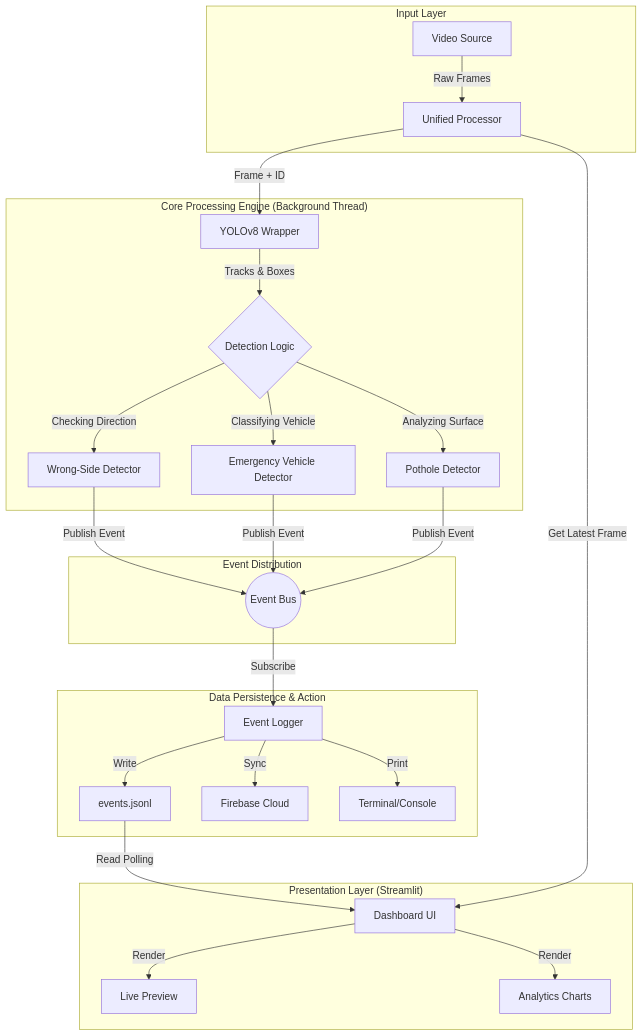
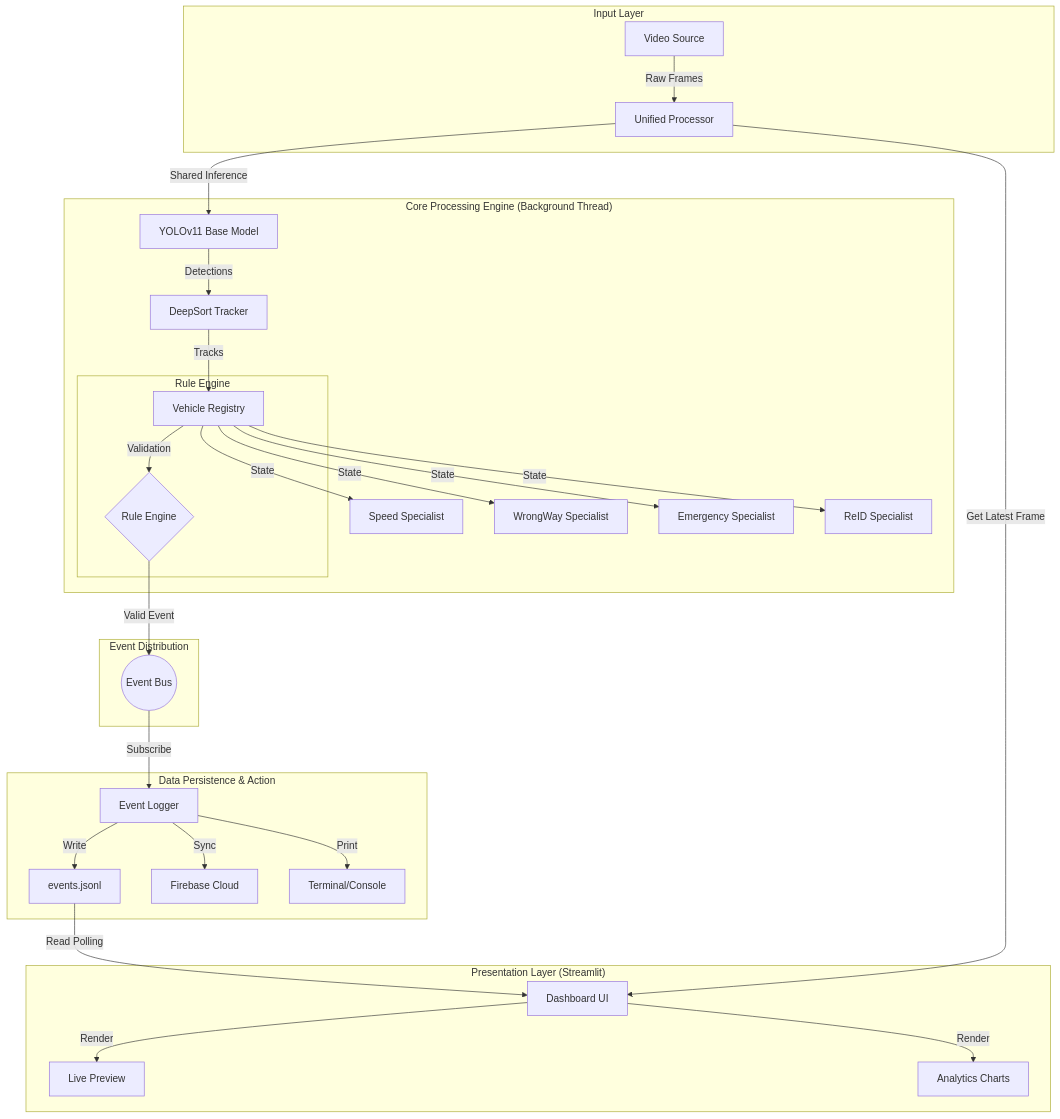
Before and after one commit to CAMVIEW-AI/CAMVIEW-AI-Hacksprint2k26.github.io: the first of 3 diagrams in readme.md, drawn with Mermaid. The commit also changed other lines of this file and 223 other files, not shown here.

````diff
--- a/readme.md
+++ b/readme.md
@@ -9,35 +24,39 @@
 ```mermaid
 graph TD
     subgraph "Input Layer"
         VS[Video Source] -->|Raw Frames| UP[Unified Processor]
     end
 
     subgraph "Core Processing Engine (Background Thread)"
-        UP -->|Frame + ID| YW[YOLOv8 Wrapper]
-        YW -->|Tracks & Boxes| DL{Detection Logic}
+        UP -->|Shared Inference| YOLO[YOLOv11 Base Model]
+        YOLO -->|Detections| TR[DeepSort Tracker]
+        TR -->|Tracks| VR[Vehicle Registry]
         
-        DL -->|Checking Direction| WSD[Wrong-Side Detector]
-        DL -->|Classifying Vehicle| EVD[Emergency Vehicle Detector]
-        DL -->|Analyzing Surface| PHD[Pothole Detector]
+        VR -->|State| SS[Speed Specialist]
+        VR -->|State| WS[WrongWay Specialist]
+        VR -->|State| ES[Emergency Specialist]
+        VR -->|State| RE[ReID Specialist]
+        
+        subgraph "Rule Engine"
+            VR -->|Validation| RULE{Rule Engine}
+        end
     end
 
     subgraph "Event Distribution"
-        WSD -->|Publish Event| EB((Event Bus))
-        EVD -->|Publish Event| EB
-        PHD -->|Publish Event| EB
+        RULE -->|Valid Event| EB((Event Bus))
     end
 
     subgraph "Data Persistence & Action"
         EB -->|Subscribe| EL[Event Logger]
         EL -->|Write| JSON[events.jsonl]
         EL -->|Sync| FB[Firebase Cloud]
         EL -->|Print| T[Terminal/Console]
     end
 
     subgraph "Presentation Layer (Streamlit)"
         JSON -->|Read Polling| DB[Dashboard UI]
         UP -->|Get Latest Frame| DB
         DB -->|Render| V[Live Preview]
         DB -->|Render| C[Analytics Charts]
     end
 ```
````
